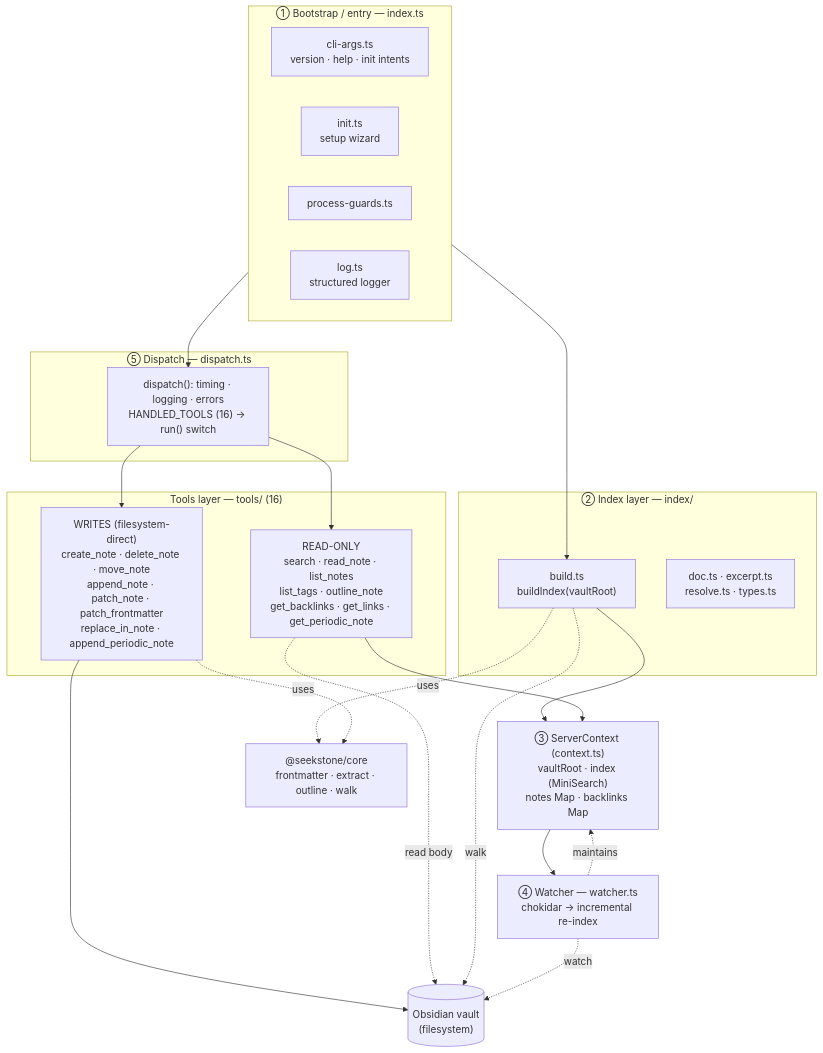
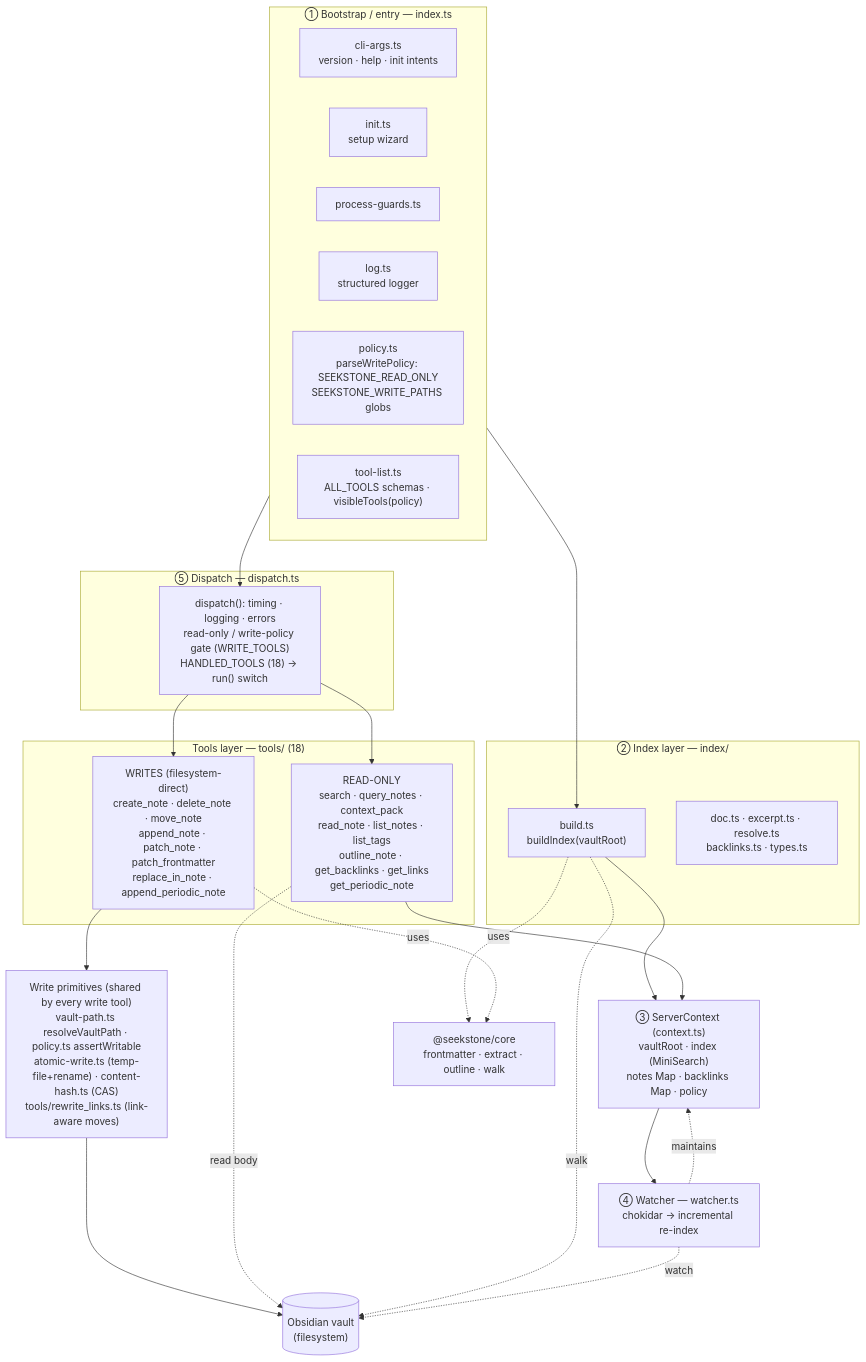
The second of 5 diagrams in docs/ARCHITECTURE.md (shaqmughal/seekstone), drawn with Mermaid before and after one commit. The commit also changed other lines of this file and 21 other files, not shown here.

````diff
--- a/docs/ARCHITECTURE.md
+++ b/docs/ARCHITECTURE.md
@@ -61,45 +61,50 @@
 ```mermaid
 flowchart TD
     subgraph boot["① Bootstrap / entry — index.ts"]
         cliargs["cli-args.ts<br/>version · help · init intents"]
         init["init.ts<br/>setup wizard"]
         guards["process-guards.ts"]
         log["log.ts<br/>structured logger"]
+        pol["policy.ts<br/>parseWritePolicy: SEEKSTONE_READ_ONLY<br/>SEEKSTONE_WRITE_PATHS globs"]
+        tl["tool-list.ts<br/>ALL_TOOLS schemas · visibleTools(policy)"]
     end
 
     subgraph idx["② Index layer — index/"]
         build["build.ts<br/>buildIndex(vaultRoot)"]
-        doc["doc.ts · excerpt.ts<br/>resolve.ts · types.ts"]
+        doc["doc.ts · excerpt.ts · resolve.ts<br/>backlinks.ts · types.ts"]
     end
 
-    ctx["③ ServerContext (context.ts)<br/>vaultRoot · index (MiniSearch)<br/>notes Map · backlinks Map"]
+    ctx["③ ServerContext (context.ts)<br/>vaultRoot · index (MiniSearch)<br/>notes Map · backlinks Map · policy"]
 
     watch["④ Watcher — watcher.ts<br/>chokidar → incremental re-index"]
 
     subgraph disp["⑤ Dispatch — dispatch.ts"]
-        dispatcher["dispatch(): timing · logging · errors<br/>HANDLED_TOOLS (16) → run() switch"]
+        dispatcher["dispatch(): timing · logging · errors<br/>read-only / write-policy gate (WRITE_TOOLS)<br/>HANDLED_TOOLS (18) → run() switch"]
     end
 
-    subgraph tools["Tools layer — tools/ (16)"]
-        reads["READ-ONLY<br/>search · read_note · list_notes<br/>list_tags · outline_note<br/>get_backlinks · get_links · get_periodic_note"]
+    subgraph tools["Tools layer — tools/ (18)"]
+        reads["READ-ONLY<br/>search · query_notes · context_pack<br/>read_note · list_notes · list_tags<br/>outline_note · get_backlinks · get_links<br/>get_periodic_note"]
         writes["WRITES (filesystem-direct)<br/>create_note · delete_note · move_note<br/>append_note · patch_note · patch_frontmatter<br/>replace_in_note · append_periodic_note"]
     end
+
+    prims["Write primitives (shared by every write tool)<br/>vault-path.ts resolveVaultPath · policy.ts assertWritable<br/>atomic-write.ts (temp-file+rename) · content-hash.ts (CAS)<br/>tools/rewrite_links.ts (link-aware moves)"]
 
     vault[("Obsidian vault<br/>(filesystem)")]
     core2["@seekstone/core<br/>frontmatter · extract · outline · walk"]
 
     boot --> build
     build --> ctx
     build -. uses .-> core2
     ctx --> watch
     watch -. maintains .-> ctx
     boot --> dispatcher
     dispatcher --> reads
     dispatcher --> writes
     reads --> ctx
-    writes --> vault
+    writes --> prims
+    prims --> vault
     writes -. uses .-> core2
     reads -. read body .-> vault
     build -. walk .-> vault
     watch -. watch .-> vault
 ```
````
